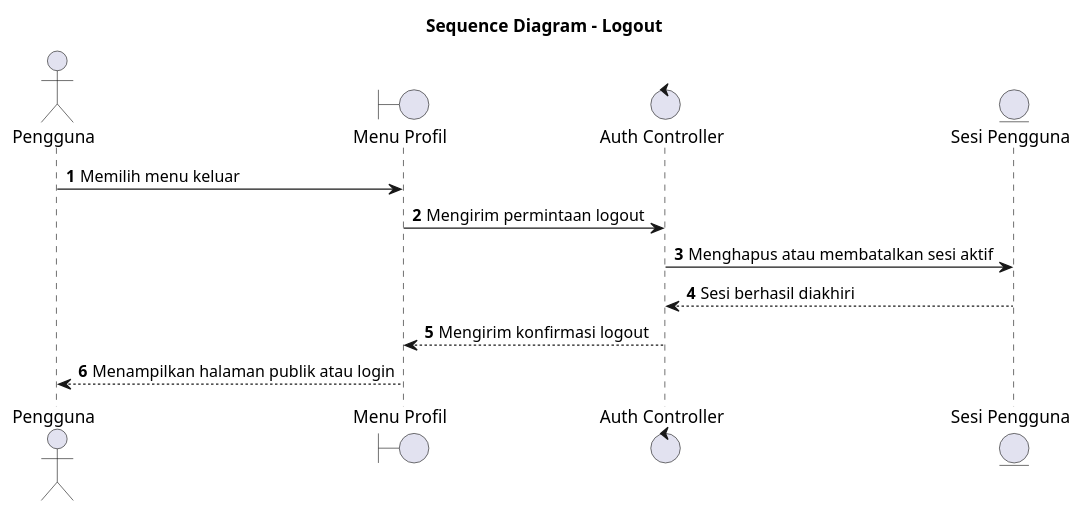
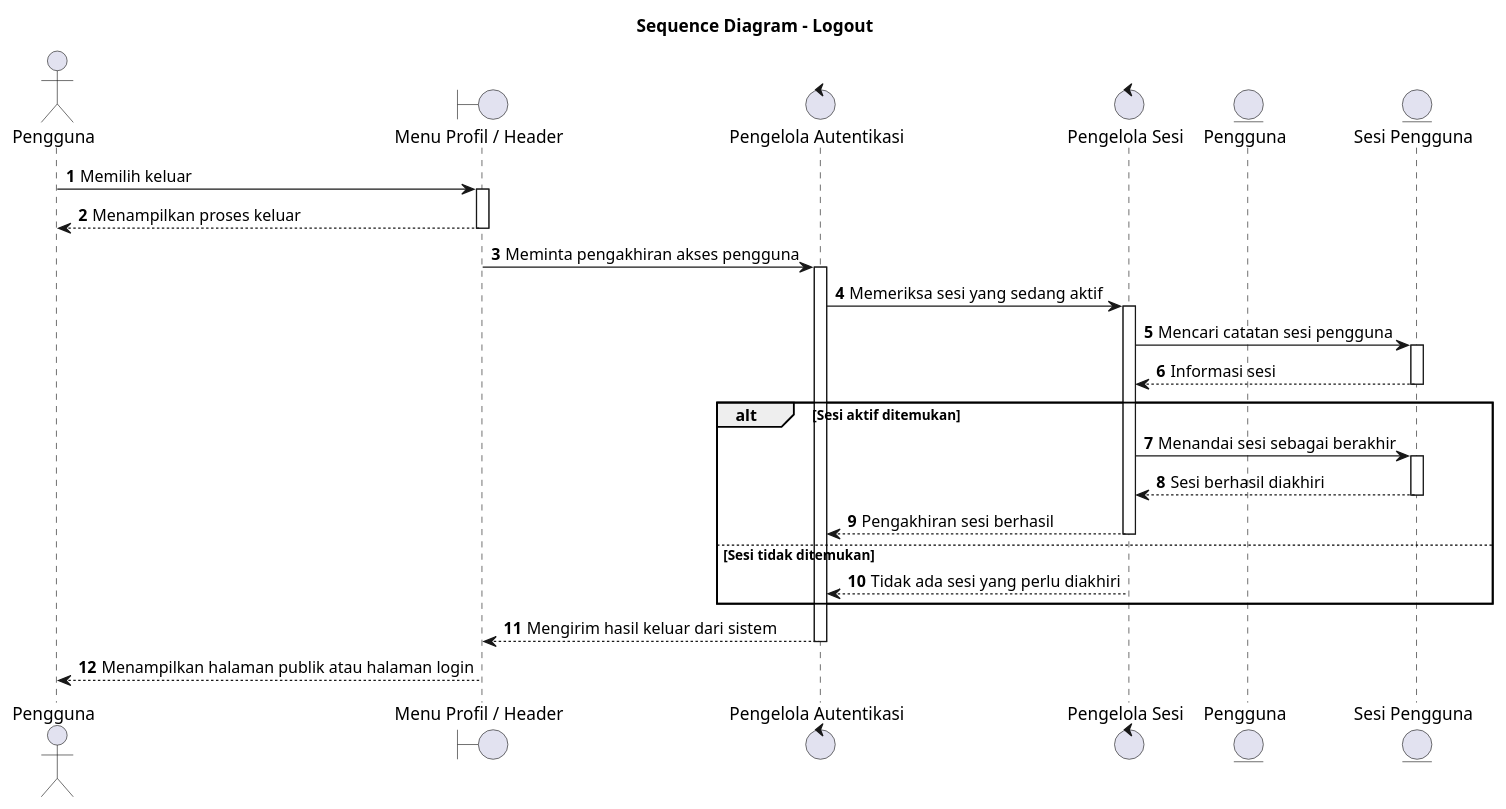
The diagram in docs/sequence/lampiran/seluruh-pengguna-logout.md (howlil/sop-generate-app), drawn with PlantUML before and after one commit. The commit also changed other lines of this file and 90 other files, not shown here.

````diff
--- a/docs/sequence/lampiran/seluruh-pengguna-logout.md
+++ b/docs/sequence/lampiran/seluruh-pengguna-logout.md
@@ -16,19 +16,31 @@
 ```plantuml
 @startuml
 title Sequence Diagram - Logout
 autonumber
+autoactivate on
 
-actor "Pengguna" as Aktor
-boundary "Menu Profil" as UI
-control "Auth Controller" as AuthCtrl
+actor "Pengguna" as A
+boundary "Menu Profil / Header" as B
+control "Pengelola Autentikasi" as C
+control "Pengelola Sesi" as D
+entity "Pengguna" as Pengguna
 entity "Sesi Pengguna" as Sesi
 
-Aktor -> UI : Memilih menu keluar
-UI -> AuthCtrl : Mengirim permintaan logout
-AuthCtrl -> Sesi : Menghapus atau membatalkan sesi aktif
-Sesi --> AuthCtrl : Sesi berhasil diakhiri
-AuthCtrl --> UI : Mengirim konfirmasi logout
-UI --> Aktor : Menampilkan halaman publik atau login
+A -> B : Memilih keluar
+B --> A : Menampilkan proses keluar
+B -> C : Meminta pengakhiran akses pengguna
+C -> D : Memeriksa sesi yang sedang aktif
+D -> Sesi : Mencari catatan sesi pengguna
+Sesi --> D : Informasi sesi
+alt Sesi aktif ditemukan
+  D -> Sesi : Menandai sesi sebagai berakhir
+  Sesi --> D : Sesi berhasil diakhiri
+  D --> C : Pengakhiran sesi berhasil
+else Sesi tidak ditemukan
+  D --> C : Tidak ada sesi yang perlu diakhiri
+end
+C --> B : Mengirim hasil keluar dari sistem
+B --> A : Menampilkan halaman publik atau halaman login
 
 @enduml
 ```
````
